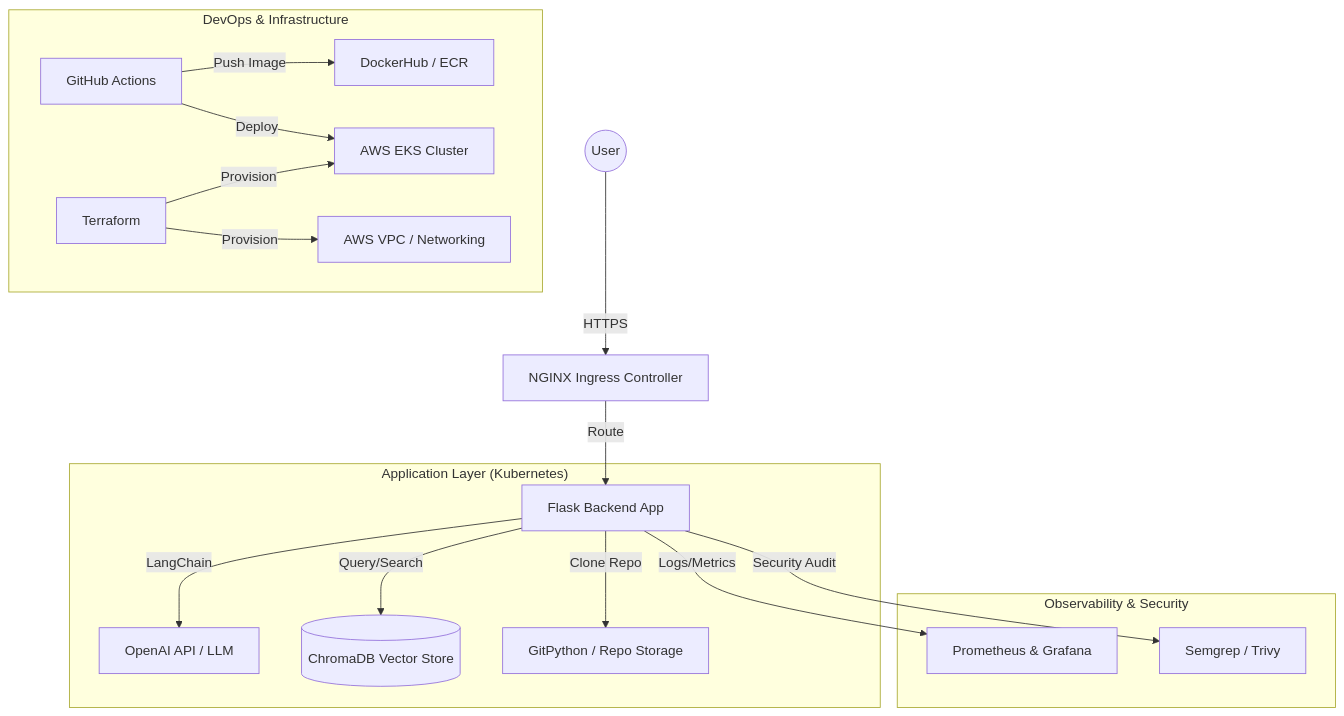
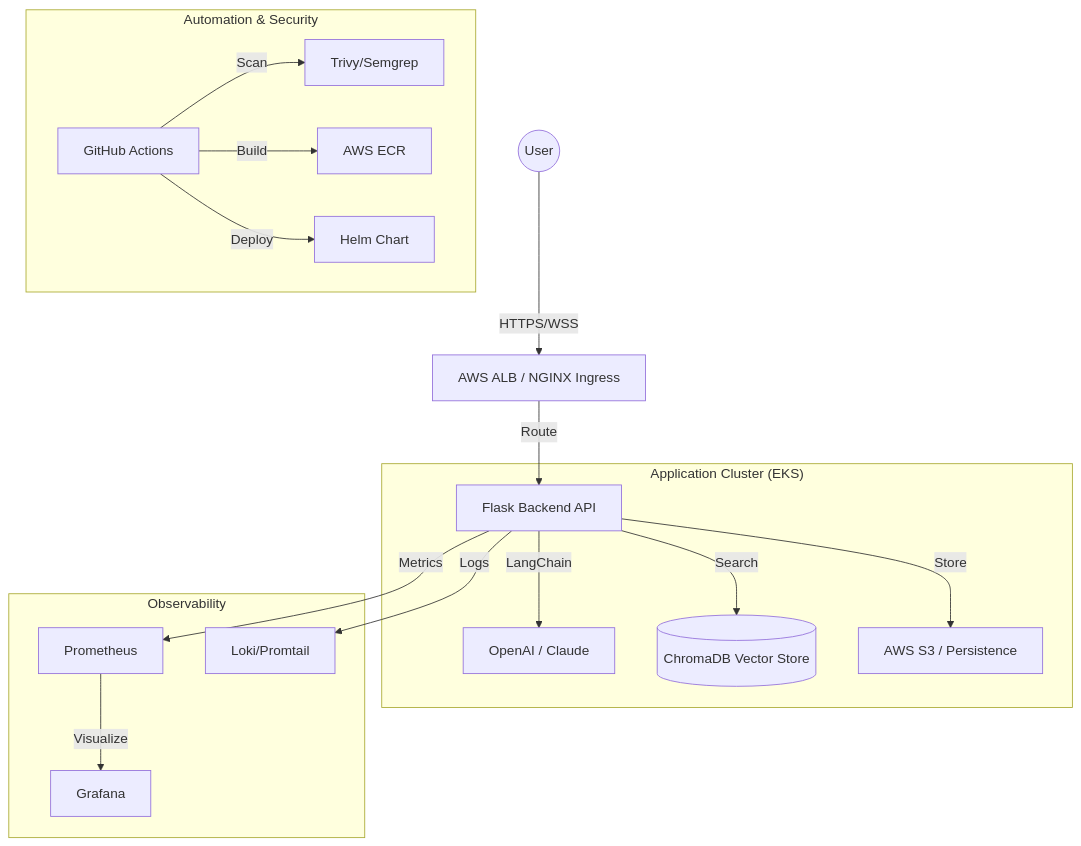
The diagram in docs/ARCHITECTURE.md (bittush8789/Source-Code-Analyzer), drawn with Mermaid before and after one commit. The commit also changed other lines of this file and 34 other files, not shown here.

Commit message:
feat: implement full granular enterprise deployment system with DevSecOps and EKS modules

````diff
--- a/docs/ARCHITECTURE.md
+++ b/docs/ARCHITECTURE.md
@@ -7,23 +5,23 @@
 ```mermaid
 graph TD
-    User((User)) -->|HTTPS| Ingress[NGINX Ingress Controller]
-    Ingress -->|Route| FlaskApp[Flask Backend App]
+    User((User)) -->|HTTPS/WSS| ALB[AWS ALB / NGINX Ingress]
+    ALB -->|Route| Backend[Flask Backend API]
     
-    subgraph "Application Layer (Kubernetes)"
-        FlaskApp -->|LangChain| LLM[OpenAI API / LLM]
-        FlaskApp -->|Query/Search| VectorDB[(ChromaDB Vector Store)]
-        FlaskApp -->|Clone Repo| Git[GitPython / Repo Storage]
+    subgraph "Application Cluster (EKS)"
+        Backend -->|LangChain| LLM[OpenAI / Claude]
+        Backend -->|Search| Chroma[(ChromaDB Vector Store)]
+        Backend -->|Store| S3[AWS S3 / Persistence]
     end
 
-    subgraph "DevOps & Infrastructure"
-        GitActions[GitHub Actions] -->|Push Image| DockerHub[DockerHub / ECR]
-        GitActions -->|Deploy| EKS[AWS EKS Cluster]
-        Terraform[Terraform] -->|Provision| VPC[AWS VPC / Networking]
-        Terraform -->|Provision| EKS
+    subgraph "Automation & Security"
+        GA[GitHub Actions] -->|Scan| Trivy[Trivy/Semgrep]
+        GA -->|Build| ECR[AWS ECR]
+        GA -->|Deploy| Helm[Helm Chart]
     end
 
-    subgraph "Observability & Security"
-        FlaskApp -->|Logs/Metrics| Prom[Prometheus & Grafana]
-        FlaskApp -->|Security Audit| Semgrep[Semgrep / Trivy]
+    subgraph "Observability"
+        Backend -->|Metrics| Prom[Prometheus]
+        Prom -->|Visualize| Grafana[Grafana]
+        Backend -->|Logs| Loki[Loki/Promtail]
     end
 ```
````
